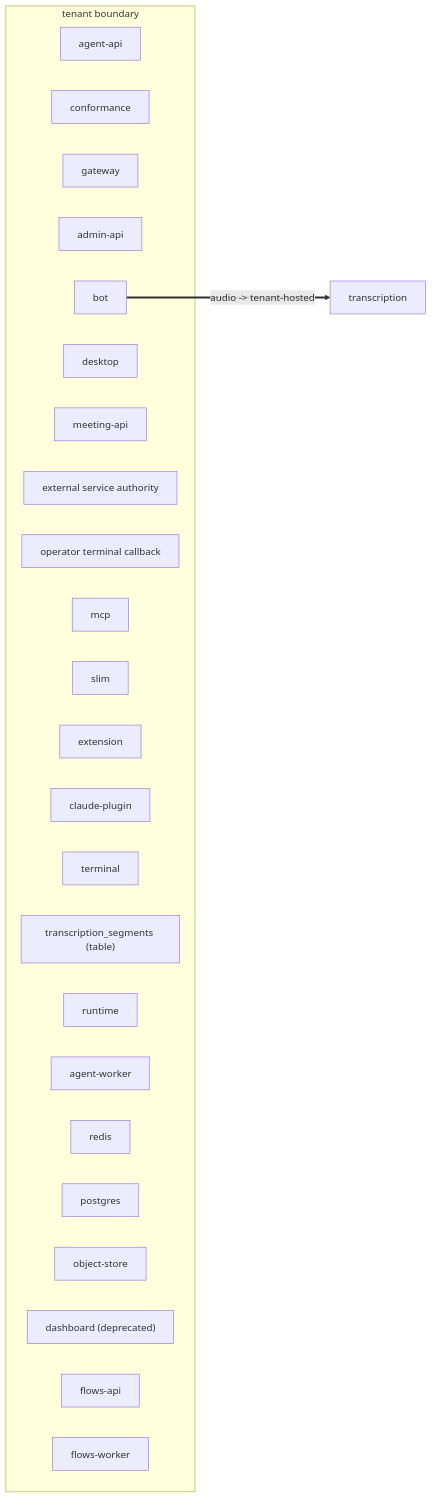
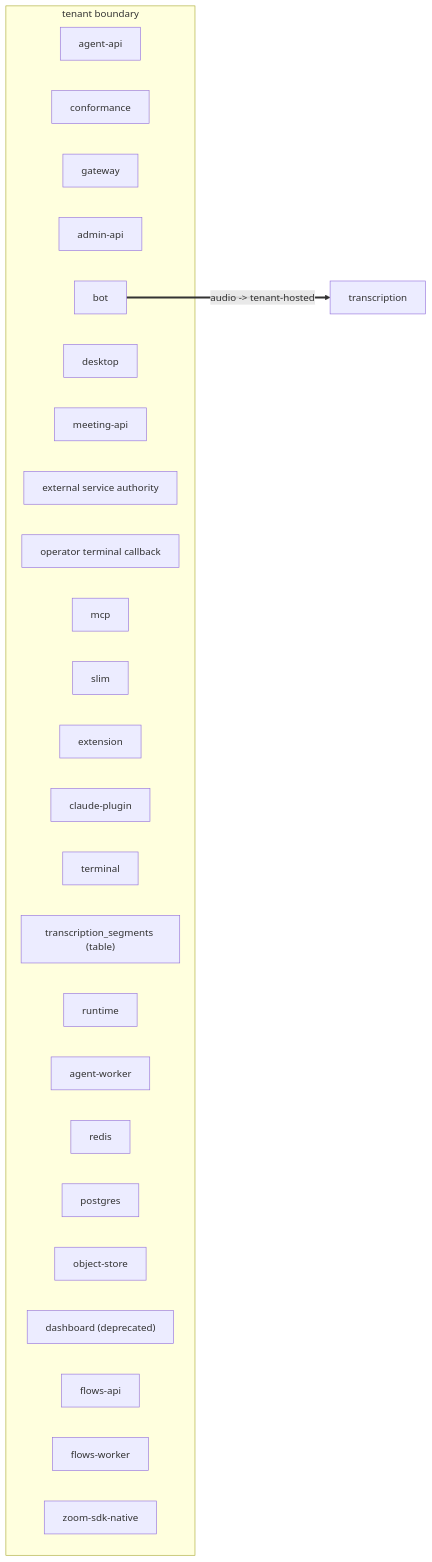
Before and after one commit to Vexa-ai/vexa: the diagram in docs/views/egress.mmd, drawn with Mermaid. The commit also changed 33 other files, not shown here.

Commit message:
feat(meetings): add isolated native SDK joining controller

```diff
--- a/docs/views/egress.mmd
+++ b/docs/views/egress.mmd
@@ -1,29 +1,30 @@
 %% GENERATED — pnpm arch:dsl --write
 flowchart LR
   subgraph tenant["tenant boundary"]
     agent_api["agent-api"]
     conformance["conformance"]
     gateway["gateway"]
     admin_api["admin-api"]
     bot["bot"]
     desktop["desktop"]
     meeting_api["meeting-api"]
     service_authority["external service authority"]
     system_webhook["operator terminal callback"]
     mcp["mcp"]
     slim["slim"]
     extension["extension"]
     claude_plugin["claude-plugin"]
     terminal["terminal"]
     segments_table["transcription_segments (table)"]
     runtime["runtime"]
     agent_worker["agent-worker"]
     redis["redis"]
     postgres["postgres"]
     object_store["object-store"]
     dashboard["dashboard (deprecated)"]
     flows_api["flows-api"]
     flows_worker["flows-worker"]
+    zoom_sdk_native["zoom-sdk-native"]
   end
   transcription["transcription"]
   bot ==>|"audio -> tenant-hosted"| transcription
```
